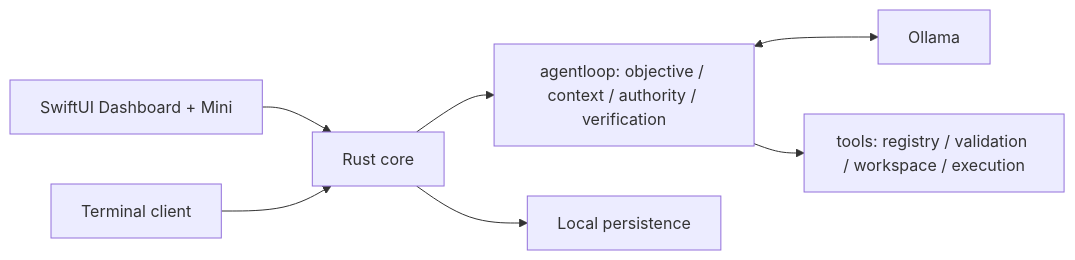
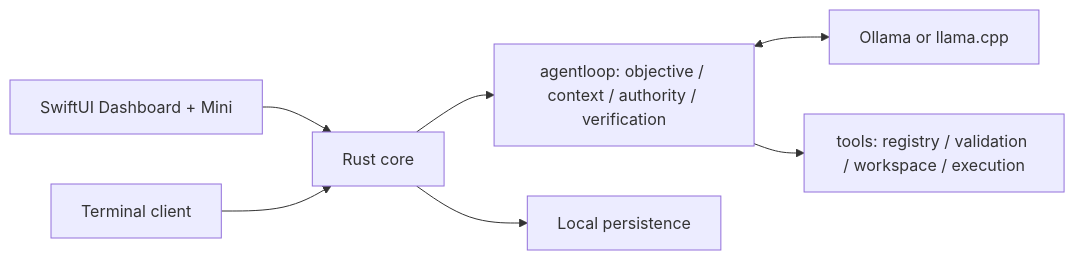
Before and after one commit to lalithu/lorca: the diagram in README.md, drawn with Mermaid. The commit also changed other lines of this file and 55 other files, not shown here.

Commit message:
Simplify local chat and add native llama.cpp support

````diff
--- a/README.md
+++ b/README.md
@@ -16,9 +16,9 @@
 ```mermaid
 flowchart LR
     UI[SwiftUI Dashboard + Mini] --> Core[Rust core]
     CLI[Terminal client] --> Core
     Core --> Loop[agentloop: objective / context / authority / verification]
-    Loop <--> Ollama
+    Loop <--> Providers[Ollama or llama.cpp]
     Loop --> Tools[tools: registry / validation / workspace / execution]
     Core --> Storage[Local persistence]
 ```
````
